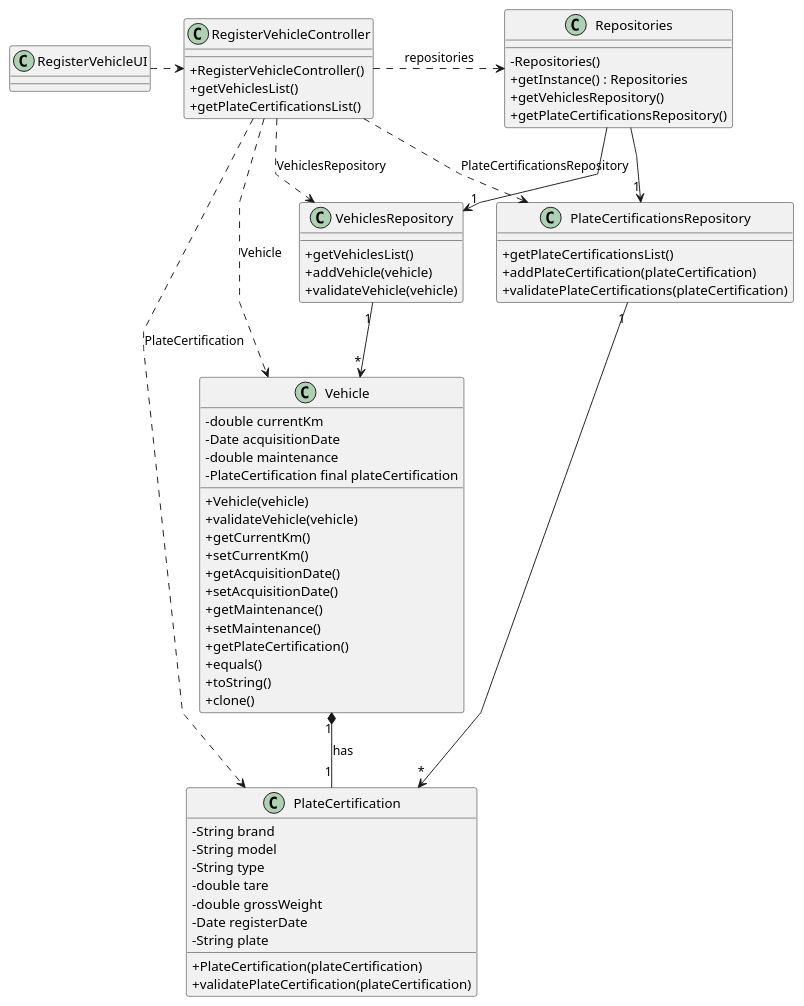
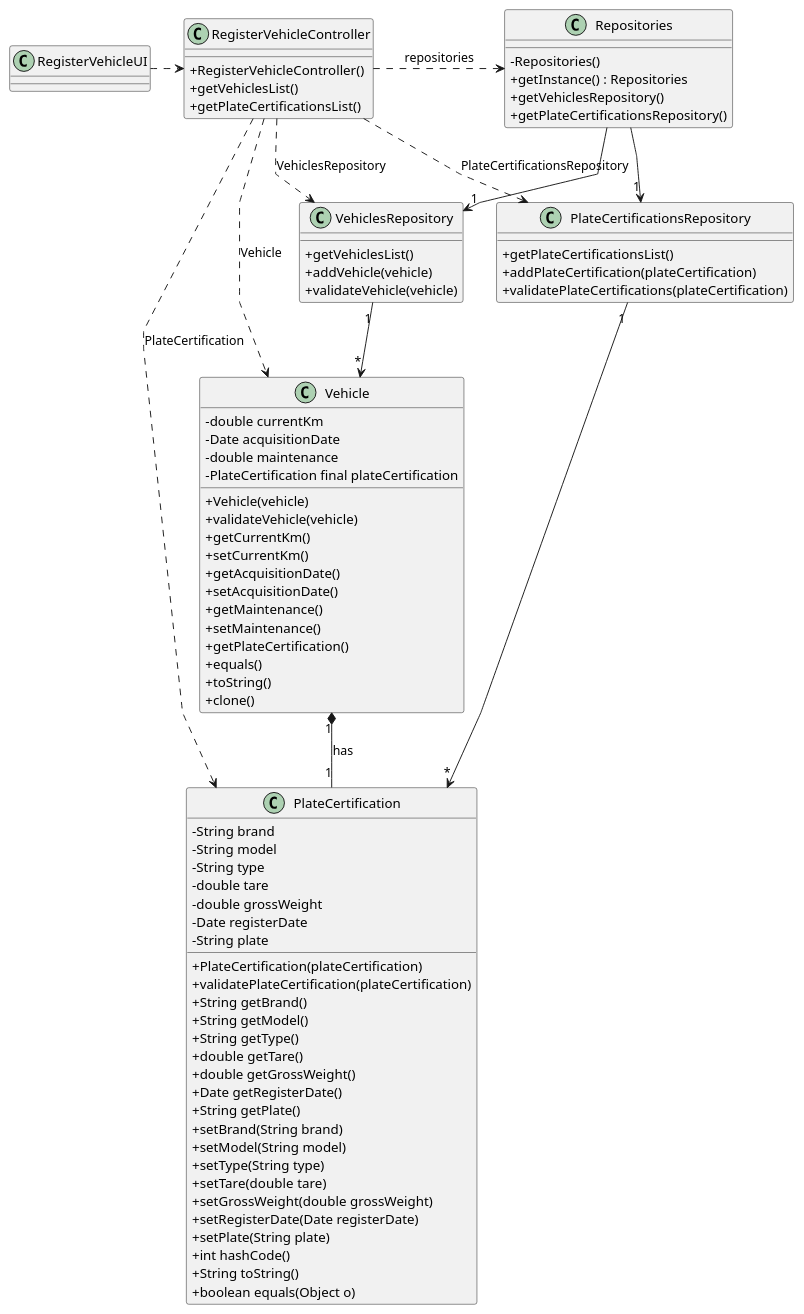
Before and after one commit to 1231360-ISEP/lei-24-s2-1db-g021: the diagram in docs/sprint2/us006/03.design/puml/us006-class-diagram.puml, drawn with PlantUML. The commit also changed 50 other files, not shown here.

Commit message:
Added missing methods to PlateCertification on the class diagram

```diff
--- a/docs/sprint2/us006/03.design/puml/us006-class-diagram.puml
+++ b/docs/sprint2/us006/03.design/puml/us006-class-diagram.puml
@@ -1,85 +1,102 @@
 @startuml
 skinparam packageStyle rectangle
 skinparam shadowing false
 skinparam linetype polyline
 skinparam classAttributeIconSize 0
 
 class RegisterVehicleUI {
 }
 
 class RegisterVehicleController {
     + RegisterVehicleController()
     + getVehiclesList()
     + getPlateCertificationsList()
 }
 
 class Repositories {
     - Repositories()
     + getInstance() : Repositories
     + getVehiclesRepository()
     + getPlateCertificationsRepository()
 }
 
 class Vehicle {
     - double currentKm
     - Date acquisitionDate
     - double maintenance
     -PlateCertification final plateCertification
     + Vehicle(vehicle)
     + validateVehicle(vehicle)
     + getCurrentKm()
     + setCurrentKm()
     + getAcquisitionDate()
     + setAcquisitionDate()
     + getMaintenance()
     + setMaintenance()
     + getPlateCertification()
     + equals()
     + toString()
     + clone()
 }
 
 class VehiclesRepository {
     + getVehiclesList()
     + addVehicle(vehicle)
     + validateVehicle(vehicle)
 }
 
 class PlateCertification {
     - String brand
     - String model
     - String type
     - double tare
     - double grossWeight
     - Date registerDate
     - String plate
     + PlateCertification(plateCertification)
     + validatePlateCertification(plateCertification)
+    + String getBrand()
+    + String getModel()
+    + String getType()
+    + double getTare()
+    + double getGrossWeight()
+    + Date getRegisterDate()
+    + String getPlate()
+    + setBrand(String brand)
+    + setModel(String model)
+    + setType(String type)
+    + setTare(double tare)
+    + setGrossWeight(double grossWeight)
+    + setRegisterDate(Date registerDate)
+    + setPlate(String plate)
+    + int hashCode()
+    + String toString()
+    + boolean equals(Object o)
 }
 
 class PlateCertificationsRepository {
     + getPlateCertificationsList()
     + addPlateCertification(plateCertification)
     + validatePlateCertifications(plateCertification)
 }
 
 RegisterVehicleUI .> RegisterVehicleController
 
 RegisterVehicleController .> Repositories : repositories
 Repositories --> "1" VehiclesRepository
 
 RegisterVehicleController ..> Vehicle : Vehicle
 RegisterVehicleController ..> VehiclesRepository : VehiclesRepository
 
 VehiclesRepository "1" --> "*" Vehicle
 
 Repositories --> "1" PlateCertificationsRepository
 
 RegisterVehicleController ..> PlateCertification : PlateCertification
 RegisterVehicleController ..> PlateCertificationsRepository : PlateCertificationsRepository
 
 PlateCertificationsRepository "1" --> "*" PlateCertification
 
 Vehicle "1" *-- "1" PlateCertification : has
 
 @enduml
```
